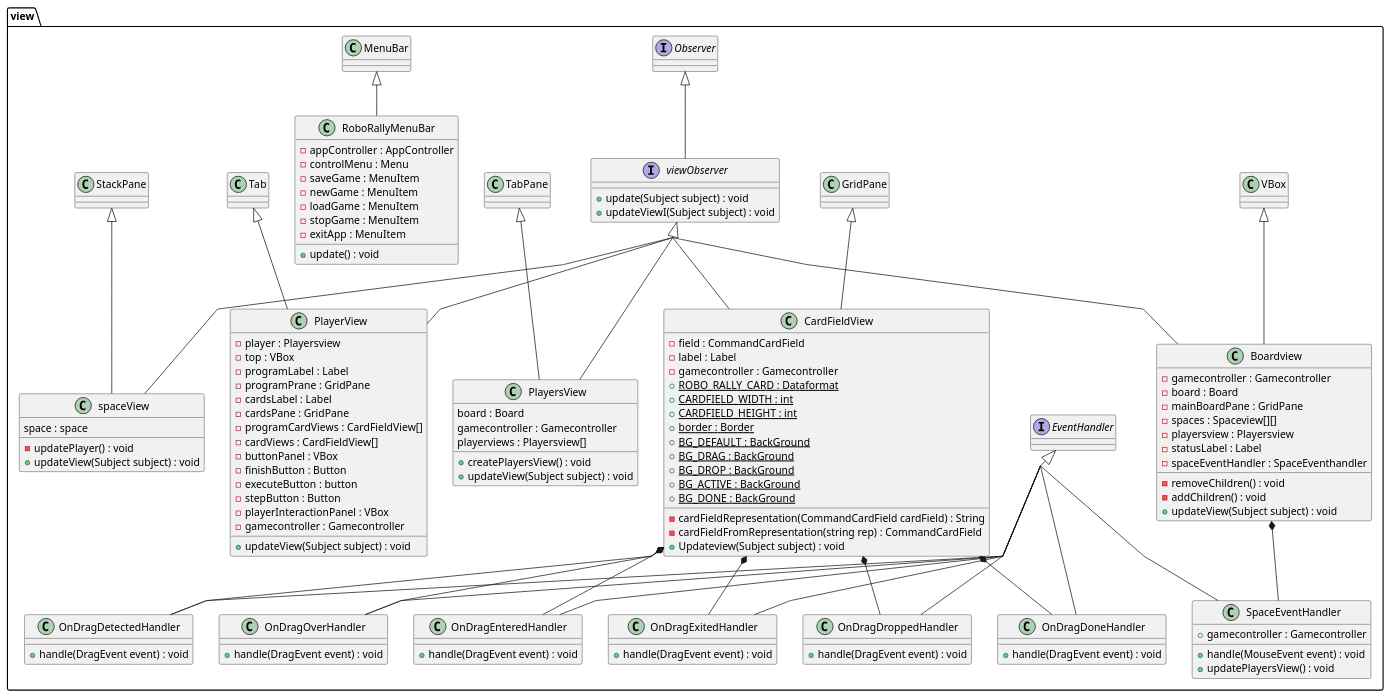
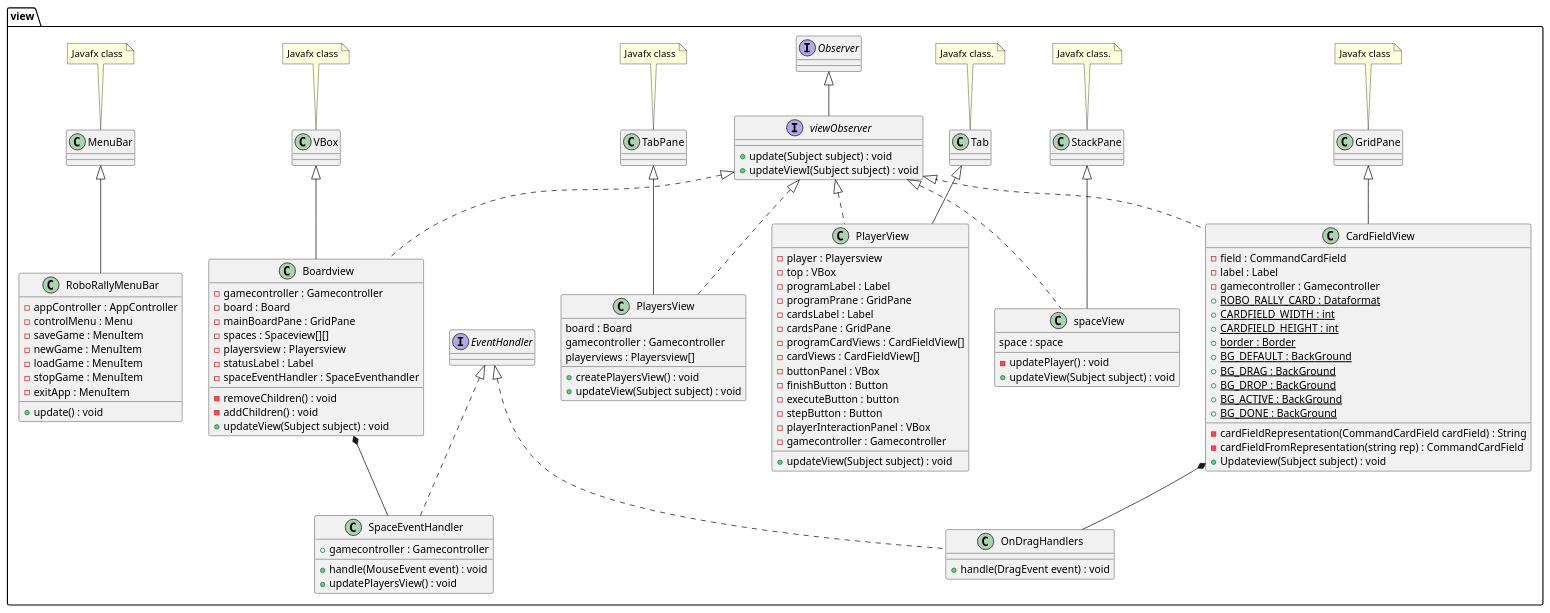
Before and after one commit to MikaelFangel/RoboRally: the diagram in diagrams/DesignClassDiagramPackageView.puml, drawn with PlantUML.

Commit message:
Fixed DesignClassDiagramPackageView.puml so it dosent look awfull.

```diff
--- a/diagrams/DesignClassDiagramPackageView.puml
+++ b/diagrams/DesignClassDiagramPackageView.puml
@@ -1,127 +1,154 @@
 @startuml
 'https://plantuml.com/class-diagram
-skinparam groupInheritance 2
-skinparam linetype polyline
+
 
 package view{
   class Boardview extends VBox implements viewObserver {
     -gamecontroller : Gamecontroller
     -board : Board
     -mainBoardPane : GridPane
     -spaces : Spaceview[][]
     -playersview : Playersview
     -statusLabel : Label
     -spaceEventHandler : SpaceEventhandler
 
     -removeChildren() : void
     -addChildren() : void
     +updateView(Subject subject) : void
   }
   class SpaceEventHandler implements EventHandler{
   'Inner class of Boardview'
     +gamecontroller : Gamecontroller
 
     +handle(MouseEvent event) : void
     +updatePlayersView() : void
   }
   class CardFieldView extends GridPane implements viewObserver{
      -field : CommandCardField
      -label : Label
      -gamecontroller : Gamecontroller
      {Static} +ROBO_RALLY_CARD : Dataformat
      {Static} +CARDFIELD_WIDTH : int
      {Static} +CARDFIELD_HEIGHT : int
      {Static} +border : Border
      {Static} +BG_DEFAULT : BackGround
      {Static} +BG_DRAG : BackGround
      {Static} +BG_DROP : BackGround
      {Static} +BG_ACTIVE : BackGround
      {Static} +BG_DONE : BackGround
 
      -cardFieldRepresentation(CommandCardField cardField) : String
      -cardFieldFromRepresentation(string rep) : CommandCardField
      +Updateview(Subject subject) : void
   }
   'Inner classes of CardFieldView'
-  class OnDragDetectedHandler implements EventHandler{
-     +handle(DragEvent event) : void
-  }
-  class OnDragOverHandler implements EventHandler {
-  +handle(DragEvent event) : void
-  }
-  class OnDragEnteredHandler implements EventHandler{
-    +handle(DragEvent event) : void
-  }
-  class OnDragExitedHandler implements EventHandler{
-    +handle(DragEvent event) : void
-  }
-  class OnDragDroppedHandler implements EventHandler{
-    +handle(DragEvent event) : void
-  }
-  class OnDragDoneHandler implements EventHandler{
+  'class OnDragDetectedHandler implements EventHandler{
+     '+handle(DragEvent event) : void
+  '}
+  'class OnDragOverHandler implements EventHandler {
+  '+handle(DragEvent event) : void
+  '}
+  'class OnDragEnteredHandler implements EventHandler{
+    '+handle(DragEvent event) : void
+  '}
+  'class OnDragExitedHandler implements EventHandler{
+    '+handle(DragEvent event) : void
+  '}
+  'class OnDragDroppedHandler implements EventHandler{
+    '+handle(DragEvent event) : void
+  '}
+  'class OnDragDoneHandler implements EventHandler{
+    '+handle(DragEvent event) : void
+  '}
+  class OnDragHandlers implements EventHandler{
     +handle(DragEvent event) : void
   }
   'Inner class of CardFieldView end'
 
   class PlayersView extends TabPane implements viewObserver {
     board : Board
     gamecontroller : Gamecontroller
     playerviews : Playersview[]
 
     +createPlayersView() : void
     +updateView(Subject subject) : void
   }
 
   class PlayerView extends Tab implements viewObserver{
     -player : Playersview
     -top : VBox
     -programLabel : Label
     -programPrane : GridPane
     -cardsLabel : Label
     -cardsPane : GridPane
     -programCardViews : CardFieldView[]
     -cardViews : CardFieldView[]
     -buttonPanel : VBox
     -finishButton : Button
     -executeButton : button
     -stepButton : Button
     -playerInteractionPanel : VBox
     -gamecontroller : Gamecontroller
 
     +updateView(Subject subject) : void
   }
   class RoboRallyMenuBar extends MenuBar{
      -appController : AppController
      -controlMenu : Menu
      -saveGame : MenuItem
      -newGame : MenuItem
      -loadGame : MenuItem
      -stopGame : MenuItem
      -exitApp : MenuItem
 
      +update() : void
 
   }
   class spaceView extends StackPane implements viewObserver{
     space : space
 
     -updatePlayer() : void
     +updateView(Subject subject) : void
 
   }
   interface viewObserver extends Observer{
     +update(Subject subject) : void
     +updateViewI(Subject subject) : void
   }
+  class StackPane
+  note top: Javafx class.
+
+  class Tab
+  note top: Javafx class.
+
+  class MenuBar
+  note top: Javafx class
+
+  class TabPane
+  note top: Javafx class
+
+  class GridPane
+  note top: Javafx class
+
+  class VBox
+  note top: Javafx class
 
 }
 
+
+
 Boardview *-- SpaceEventHandler
-CardFieldView *-- OnDragDoneHandler
-CardFieldView *-- OnDragDetectedHandler
-CardFieldView *-- OnDragEnteredHandler
-CardFieldView *-- OnDragDroppedHandler
-CardFieldView *-- OnDragExitedHandler
-CardFieldView *-- OnDragOverHandler
+'CardFieldView *-- OnDragDoneHandler
+'CardFieldView *-- OnDragDetectedHandler
+'CardFieldView *-- OnDragEnteredHandler
+'CardFieldView *-- OnDragDroppedHandler
+'CardFieldView *-- OnDragExitedHandler
+'CardFieldView *-- OnDragOverHandler
+CardFieldView *-- OnDragHandlers
+
+'EventHandler -u- OnDragDoneHandler
+'EventHandler -u- OnDragDetectedHandler
+'EventHandler -u- OnDragEnteredHandler
+
 
 @enduml
```
